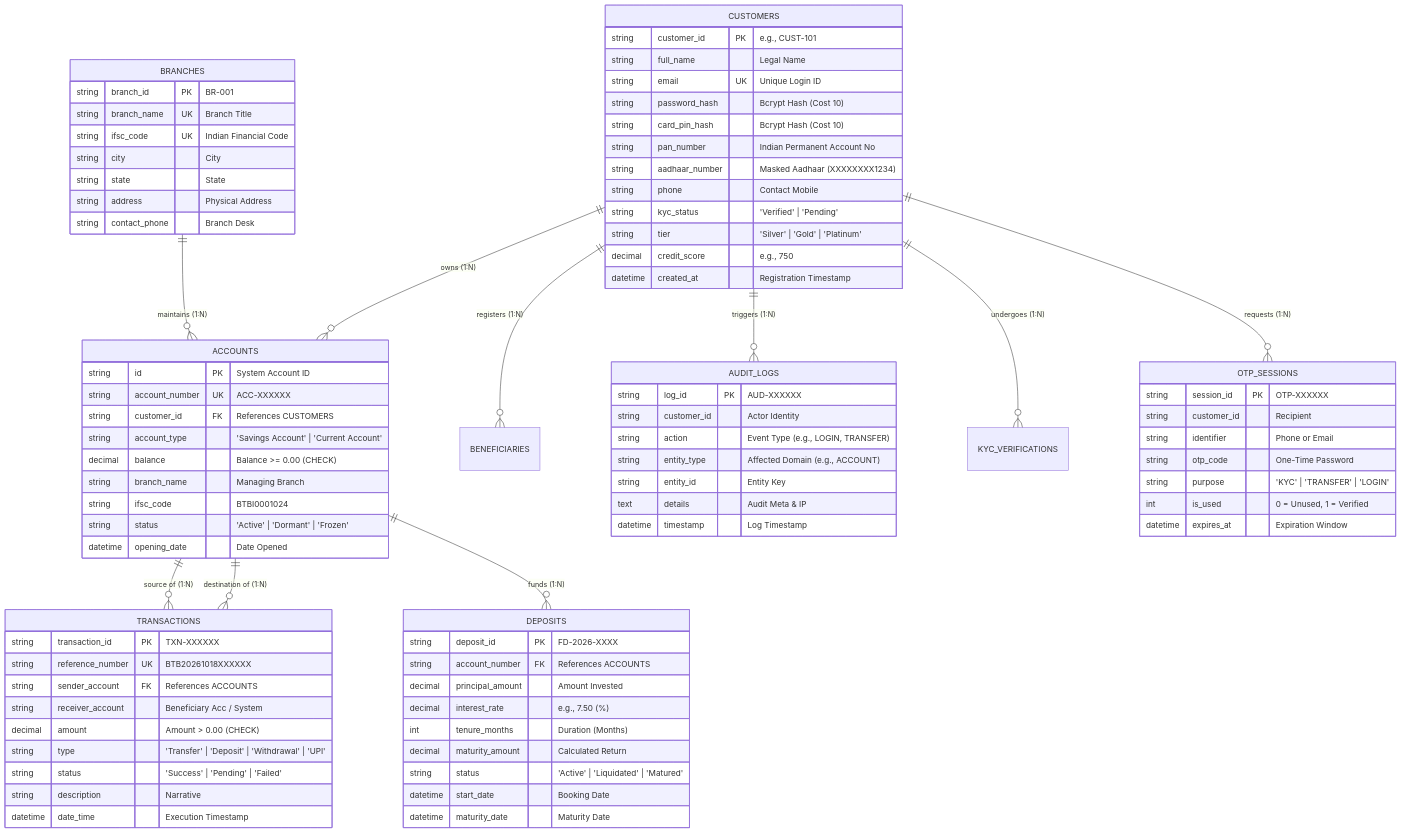
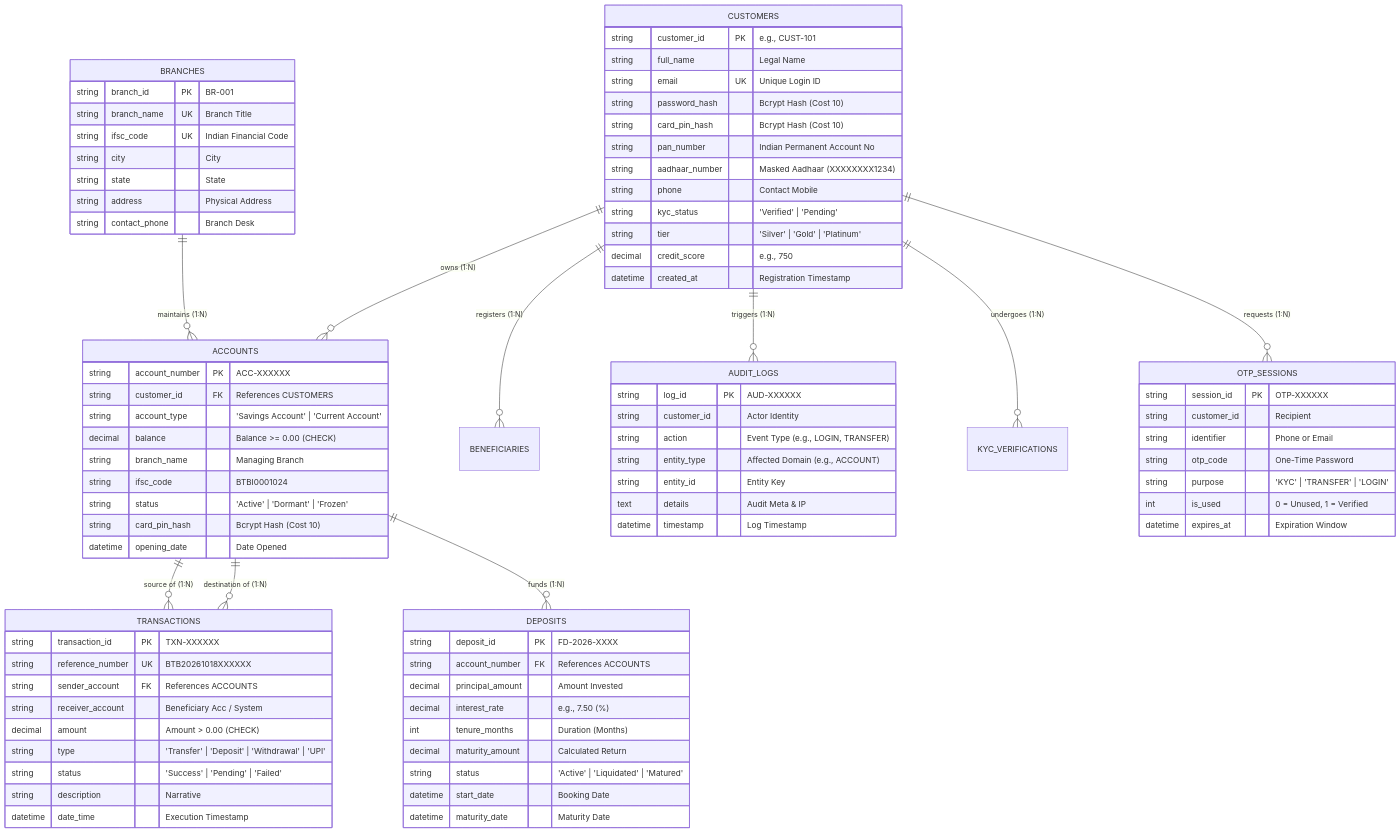
Before and after one commit to Manan-0107/JM-DH-BANKING-SYSTEM: the diagram in DBMS_VIVA_DEMONSTRATION_GUIDE.md, drawn with Mermaid. The commit also changed other lines of this file and 10 other files, not shown here.

```diff
--- a/DBMS_VIVA_DEMONSTRATION_GUIDE.md
+++ b/DBMS_VIVA_DEMONSTRATION_GUIDE.md
@@ -67,14 +69,14 @@
     }
 
     ACCOUNTS {
-        string id PK "System Account ID"
-        string account_number UK "ACC-XXXXXX"
+        string account_number PK "ACC-XXXXXX"
         string customer_id FK "References CUSTOMERS"
         string account_type "'Savings Account' | 'Current Account'"
         decimal balance "Balance >= 0.00 (CHECK)"
         string branch_name "Managing Branch"
         string ifsc_code "BTBI0001024"
         string status "'Active' | 'Dormant' | 'Frozen'"
+        string card_pin_hash "Bcrypt Hash (Cost 10)"
         datetime opening_date "Date Opened"
     }
 
```
